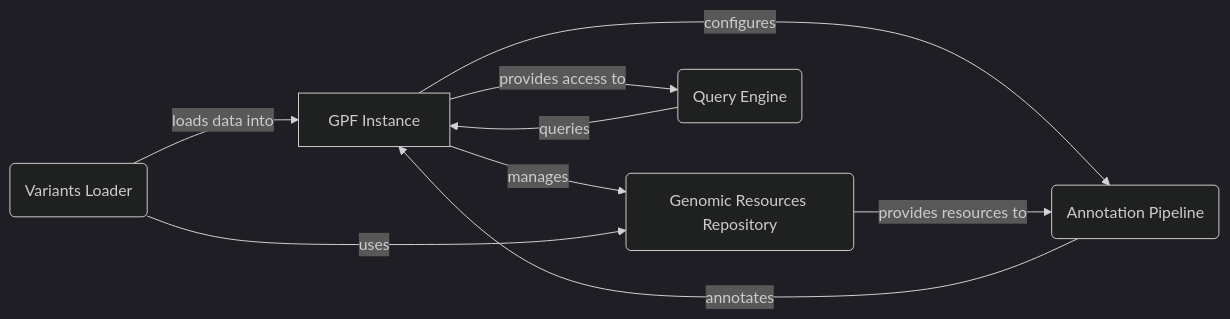
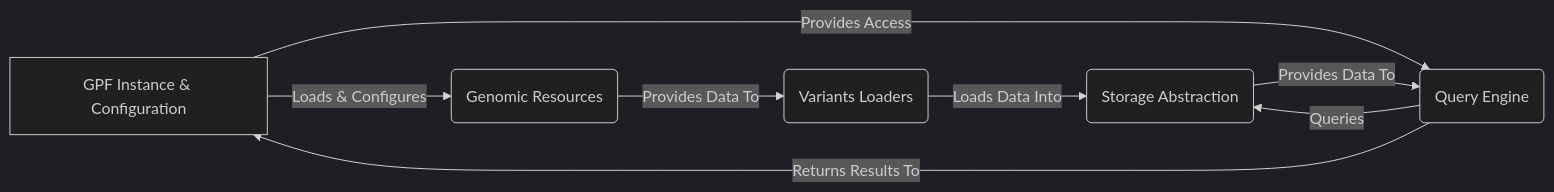
Before and after one commit to CodeBoarding/GeneratedOnBoardings: the diagram in gpf/on_boarding.md, drawn with Mermaid (dark theme). The commit also changed other lines of this file and 9 other files, not shown here.

````diff
--- a/gpf/on_boarding.md
+++ b/gpf/on_boarding.md
@@ -7,17 +7,16 @@
 ```mermaid
 graph LR
-    A[GPF Instance] -- manages --> B(Genomic Resources Repository)
-    A -- configures --> D(Annotation Pipeline)
-    A -- provides access to --> E(Query Engine)
-    C(Variants Loader) -- loads data into --> A
-    B -- provides resources to --> D
-    C -- uses --> B
-    D -- annotates --> A
-    E -- queries --> A
+    A[GPF Instance & Configuration] -- Loads & Configures --> B(Genomic Resources)
+    A -- Provides Access --> D(Query Engine)
+    C(Variants Loaders) -- Loads Data Into --> E(Storage Abstraction)
+    B -- Provides Data To --> C
+    E -- Provides Data To --> D
+    D -- Queries --> E
+    D -- Returns Results To --> A
 
-click A href "https://github.com/CodeBoarding/GeneratedOnBoardings/blob/main/gpf//GPF Instance.md"
-click B href "https://github.com/CodeBoarding/GeneratedOnBoardings/blob/main/gpf//Genomic Resources Repository.md"
-click C href "https://github.com/CodeBoarding/GeneratedOnBoardings/blob/main/gpf//Variants Loader.md"
-click D href "https://github.com/CodeBoarding/GeneratedOnBoardings/blob/main/gpf//Annotation Pipeline.md"
-click E href "https://github.com/CodeBoarding/GeneratedOnBoardings/blob/main/gpf//Query Engine.md"
+click A href "https://github.com/CodeBoarding/GeneratedOnBoardings/blob/main/gpf//GPF Instance & Configuration.md"
+click B href "https://github.com/CodeBoarding/GeneratedOnBoardings/blob/main/gpf//Genomic Resources.md"
+click C href "https://github.com/CodeBoarding/GeneratedOnBoardings/blob/main/gpf//Variants Loaders.md"
+click D href "https://github.com/CodeBoarding/GeneratedOnBoardings/blob/main/gpf//Query Engine.md"
+click E href "https://github.com/CodeBoarding/GeneratedOnBoardings/blob/main/gpf//Storage Abstraction.md"
 ```
````
